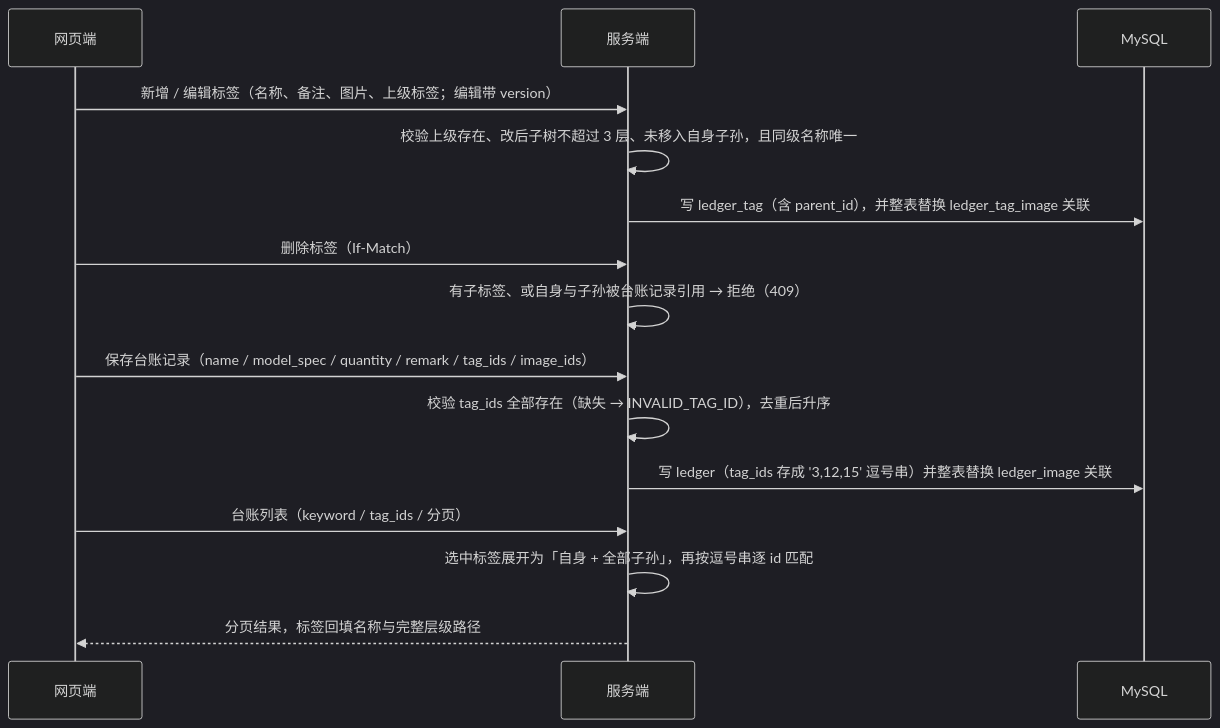
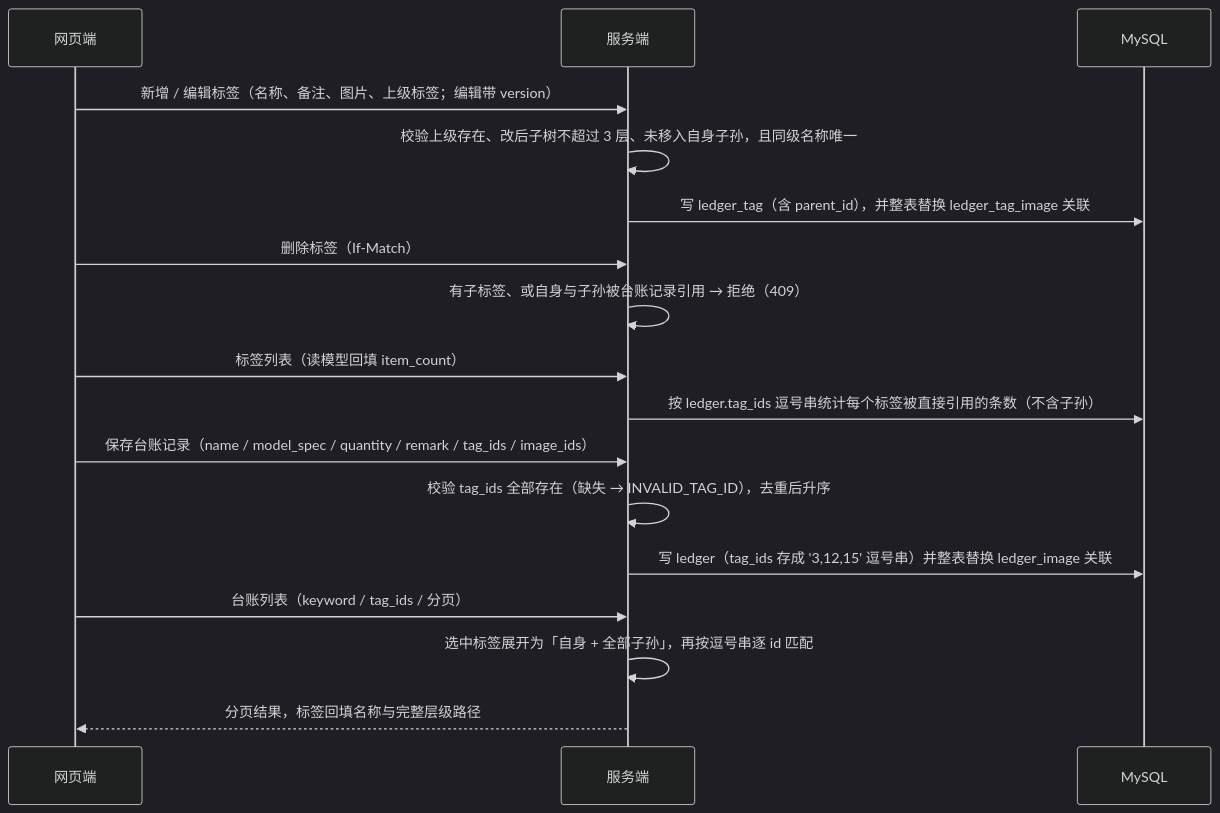
Diagram 29 of 29 in docs/websites/pages/dev-flows.md (Sakana-1314/Electrical-Manager), drawn with Mermaid (dark theme) before and after one commit. The commit also changed other lines of this file and 17 other files, not shown here.

````diff
--- a/docs/websites/pages/dev-flows.md
+++ b/docs/websites/pages/dev-flows.md
@@ -503,17 +503,19 @@
 ```mermaid
 sequenceDiagram
     participant W as 网页端
     participant S as 服务端
     participant DB as MySQL
     W->>S: 新增 / 编辑标签（名称、备注、图片、上级标签；编辑带 version）
     S->>S: 校验上级存在、改后子树不超过 3 层、未移入自身子孙，且同级名称唯一
     S->>DB: 写 ledger_tag（含 parent_id），并整表替换 ledger_tag_image 关联
     W->>S: 删除标签（If-Match）
     S->>S: 有子标签、或自身与子孙被台账记录引用 → 拒绝（409）
+    W->>S: 标签列表（读模型回填 item_count）
+    S->>DB: 按 ledger.tag_ids 逗号串统计每个标签被直接引用的条数（不含子孙）
     W->>S: 保存台账记录（name / model_spec / quantity / remark / tag_ids / image_ids）
     S->>S: 校验 tag_ids 全部存在（缺失 → INVALID_TAG_ID），去重后升序
     S->>DB: 写 ledger（tag_ids 存成 '3,12,15' 逗号串）并整表替换 ledger_image 关联
     W->>S: 台账列表（keyword / tag_ids / 分页）
     S->>S: 选中标签展开为「自身 + 全部子孙」，再按逗号串逐 id 匹配
     S-->>W: 分页结果，标签回填名称与完整层级路径
 ```
````
